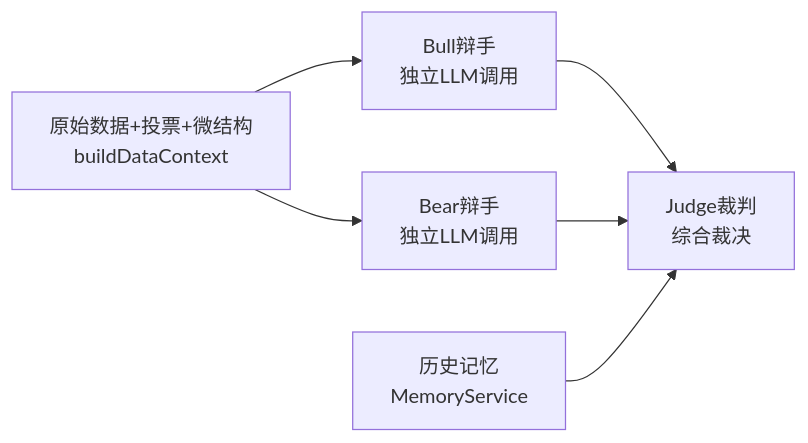
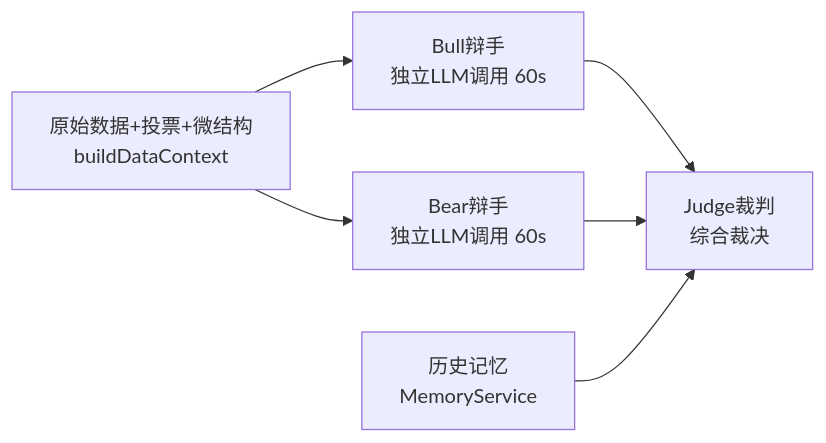
The sixth of 6 diagrams in docs/Quantitative analysis.md (mamawai/wtfibought), drawn with Mermaid before and after one commit. The commit also changed other lines of this file and 1 other file, not shown here.

````diff
--- a/docs/Quantitative analysis.md
+++ b/docs/Quantitative analysis.md
@@ -704,8 +681,8 @@
 ```mermaid
 flowchart LR
-    A["原始数据+投票+微结构<br/>buildDataContext"] --> B["Bull辩手<br/>独立LLM调用"]
-    A --> C["Bear辩手<br/>独立LLM调用"]
+    A["原始数据+投票+微结构<br/>buildDataContext"] --> B["Bull辩手<br/>独立LLM调用 60s"]
+    A --> C["Bear辩手<br/>独立LLM调用 60s"]
     B --> D["Judge裁判<br/>综合裁决"]
     C --> D
     M["历史记忆<br/>MemoryService"] --> D
 ```
````
